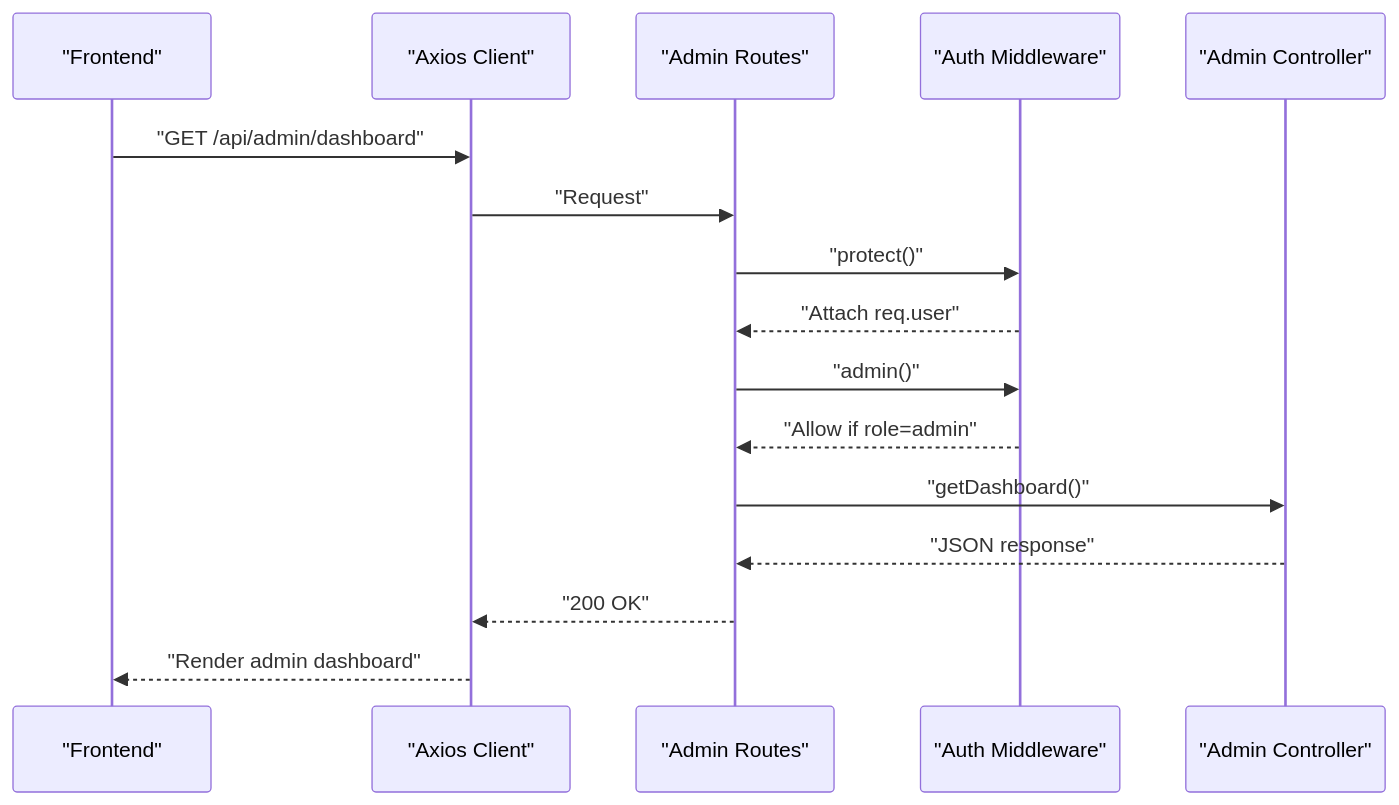
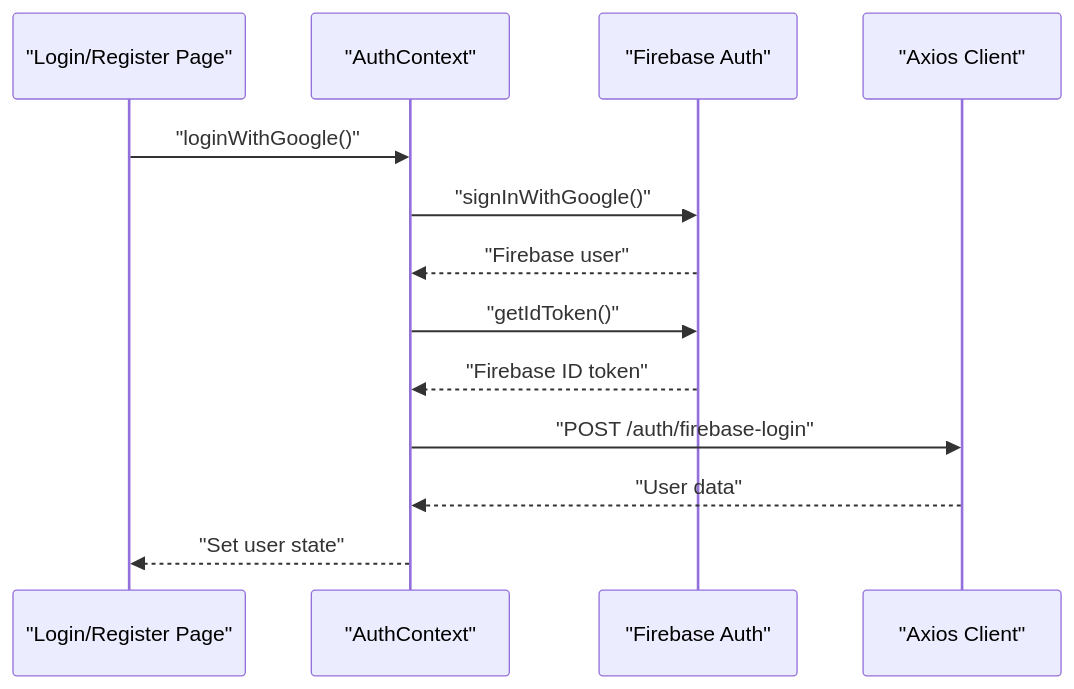
Before and after one commit to Pavan-PSPK9032/TrendsandToss: the fifth of 7 diagrams in .qoder/repowiki/en/content/Authentication & Authorization/Authentication & Authorization.md, drawn with Mermaid. The commit also changed other lines of this file and 6 other files, not shown here.

Commit message:
Fix Firebase signUpWithEmail: use updateProfile from modular SDK v9+

````diff
--- a/.qoder/repowiki/en/content/Authentication & Authorization/Authentication & Authorization.md
+++ b/.qoder/repowiki/en/content/Authentication & Authorization/Authentication & Authorization.md
@@ -301,18 +263,15 @@
 ```mermaid
 sequenceDiagram
-participant FE as "Frontend"
+participant Page as "Login/Register Page"
+participant Ctx as "AuthContext"
+participant FB as "Firebase Auth"
 participant AX as "Axios Client"
-participant ADMR as "Admin Routes"
-participant AMW as "Auth Middleware"
-participant ADMC as "Admin Controller"
-FE->>AX : "GET /api/admin/dashboard"
-AX->>ADMR : "Request"
-ADMR->>AMW : "protect()"
-AMW-->>ADMR : "Attach req.user"
-ADMR->>AMW : "admin()"
-AMW-->>ADMR : "Allow if role=admin"
-ADMR->>ADMC : "getDashboard()"
-ADMC-->>ADMR : "JSON response"
-ADMR-->>AX : "200 OK"
-AX-->>FE : "Render admin dashboard"
+Page->>Ctx : "loginWithGoogle()"
+Ctx->>FB : "signInWithGoogle()"
+FB-->>Ctx : "Firebase user"
+Ctx->>FB : "getIdToken()"
+FB-->>Ctx : "Firebase ID token"
+Ctx->>AX : "POST /auth/firebase-login"
+AX-->>Ctx : "User data"
+Ctx-->>Page : "Set user state"
 ```
````
